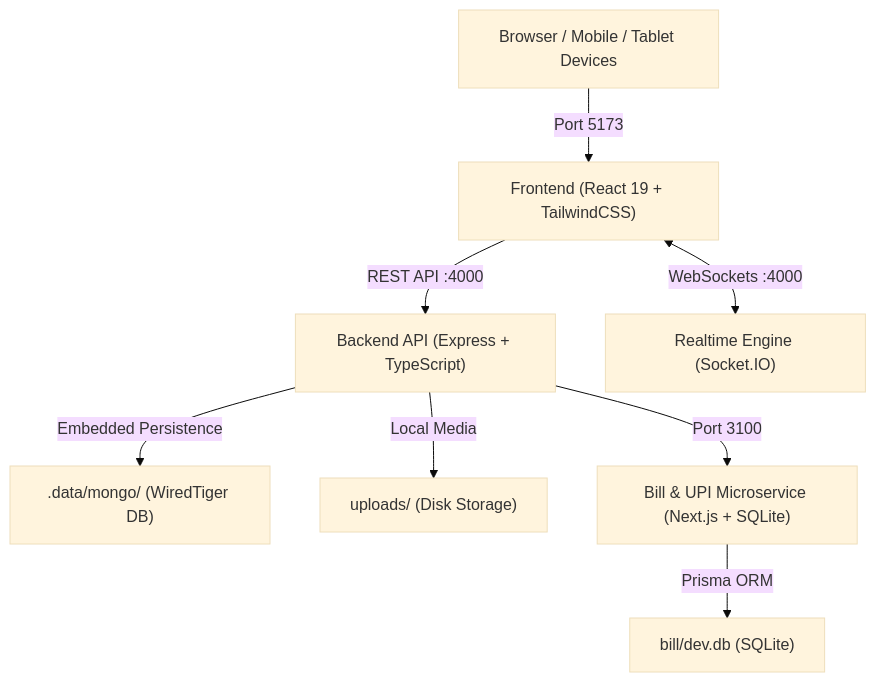
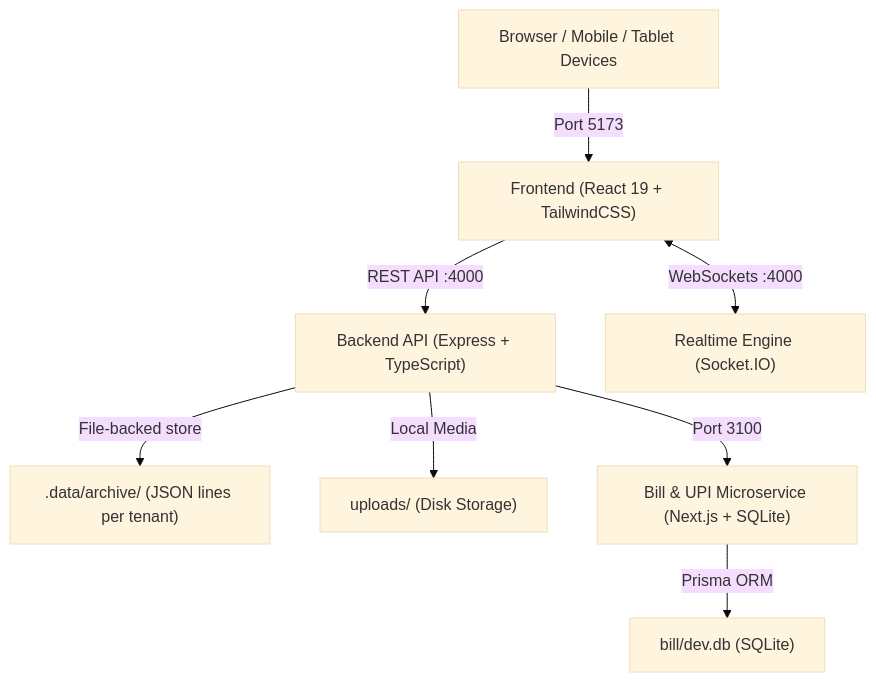
Before and after one commit to aniruddhasali800-pixel/ai: the diagram in PROJECT_DOCUMENTATION.md, drawn with Mermaid (base theme). The commit also changed other lines of this file and 7 other files, not shown here.

````diff
--- a/PROJECT_DOCUMENTATION.md
+++ b/PROJECT_DOCUMENTATION.md
@@ -35,10 +35,10 @@
 ```mermaid
 graph TD
     Client["Browser / Mobile / Tablet Devices"] -->|Port 5173| ViteApp["Frontend (React 19 + TailwindCSS)"]
     ViteApp -->|REST API :4000| ExpressServer["Backend API (Express + TypeScript)"]
     ViteApp <-->|WebSockets :4000| RealtimeEngine["Realtime Engine (Socket.IO)"]
-    ExpressServer -->|Embedded Persistence| LocalMongo[".data/mongo/ (WiredTiger DB)"]
+    ExpressServer -->|File-backed store| LocalArchive[".data/archive/ (JSON lines per tenant)"]
     ExpressServer -->|Local Media| LocalUploads["uploads/ (Disk Storage)"]
     ExpressServer -->|Port 3100| BillService["Bill & UPI Microservice (Next.js + SQLite)"]
     BillService -->|Prisma ORM| LocalSQLite["bill/dev.db (SQLite)"]
 ```
````
